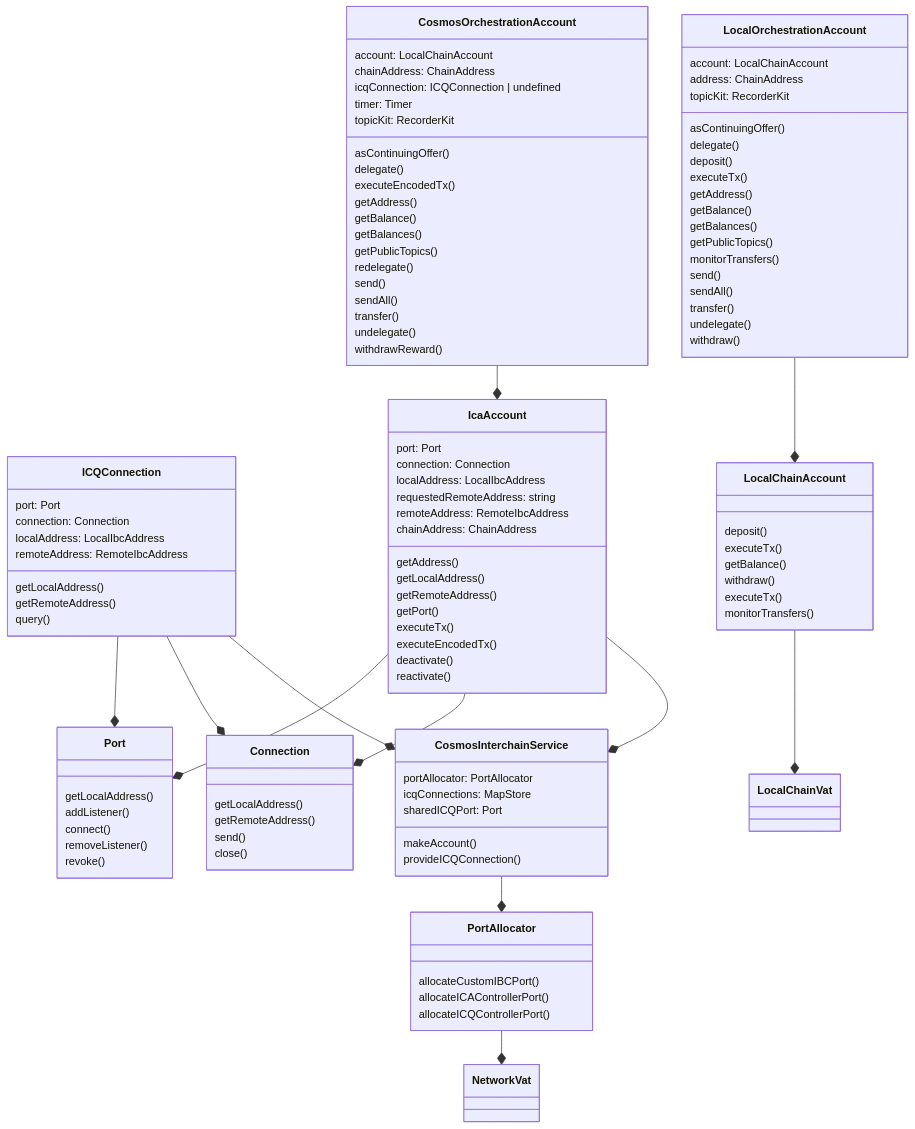
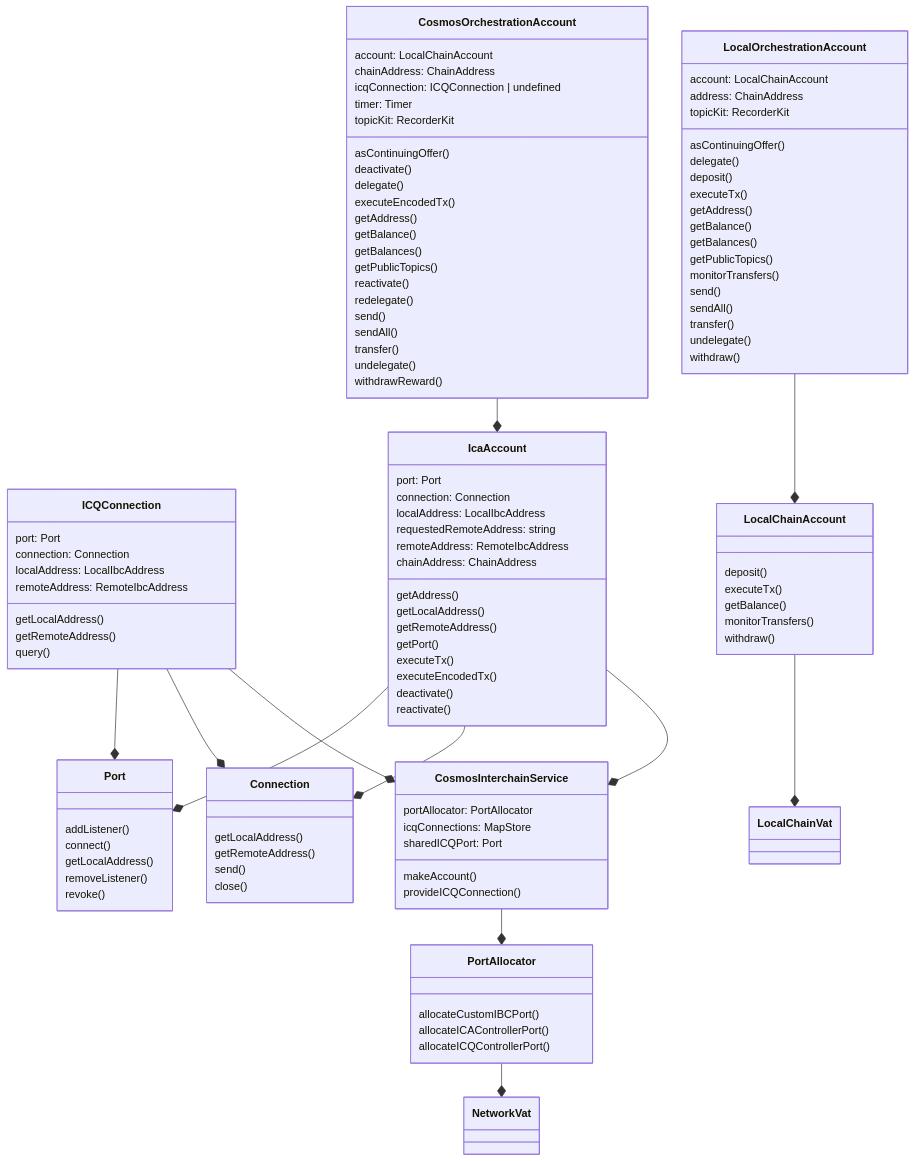
The diagram in packages/orchestration/src/exos/README.md (Agoric/agoric-sdk), drawn with Mermaid before and after one commit. The commit also changed other lines of this file and 4 other files, not shown here.

```diff
--- a/packages/orchestration/src/exos/README.md
+++ b/packages/orchestration/src/exos/README.md
@@ -52,9 +52,9 @@
 
 %% In other vats
     class Port {
-      getLocalAddress()
       addListener()
       connect()
+      getLocalAddress()
       removeListener()
       revoke()
     }
@@ -76,9 +76,8 @@
       deposit()
       executeTx()
       getBalance()
+      monitorTransfers()
       withdraw()
-      executeTx()
-      monitorTransfers()
     }
 
 %% In api consumer vats
@@ -113,12 +112,14 @@
       timer: Timer
       topicKit: RecorderKit<OrchestrationAccountNotification>
       asContinuingOffer()
+      deactivate()
       delegate()
       executeEncodedTx()
       getAddress()
       getBalance()
       getBalances()
       getPublicTopics()
+      reactivate()
       redelegate()
       send()
       sendAll()
```
